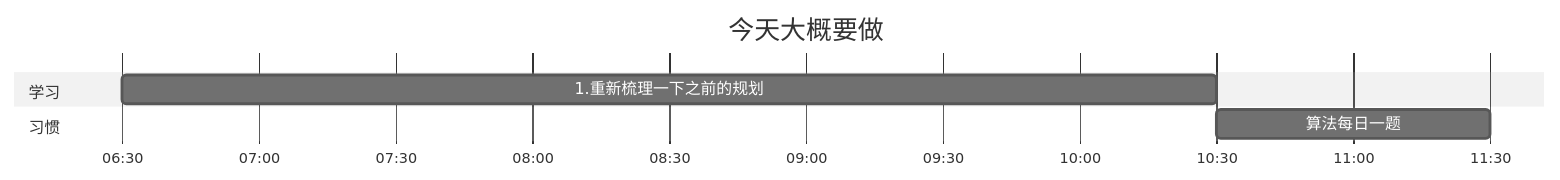
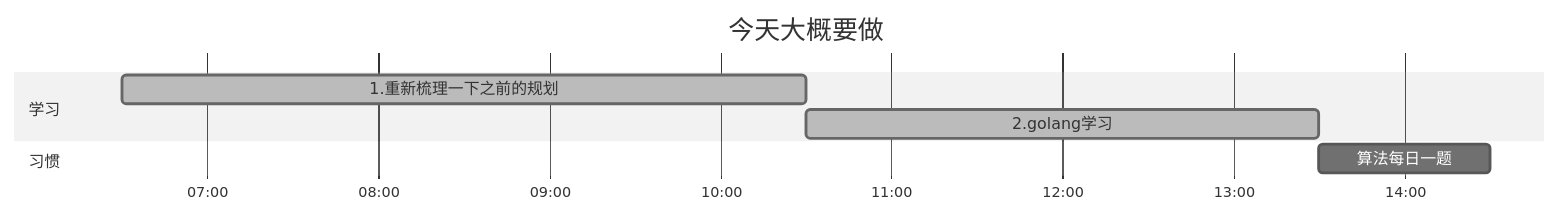
The diagram in 2023-05-17/index.md (904566722/904566722.github.io), drawn with Mermaid (neutral theme) before and after one commit. The commit also changed other lines of this file and 257 other files, not shown here.

```diff
--- a/2023-05-17/index.md
+++ b/2023-05-17/index.md
@@ -8,13 +8,13 @@
 {{< mermaid >}}
 gantt
 dateFormat HH:mm
 axisFormat %H:%M
 tickInterval 1h
 title 今天大概要做
 
 section 学习
-	1.重新梳理一下之前的规划: 06:30, 4h
-	
+	1.重新梳理一下之前的规划:done, 06:30, 4h
+	2.golang学习: done, 3h
 section 习惯
 	算法每日一题: 1h
 {{< /mermaid >}}
```
